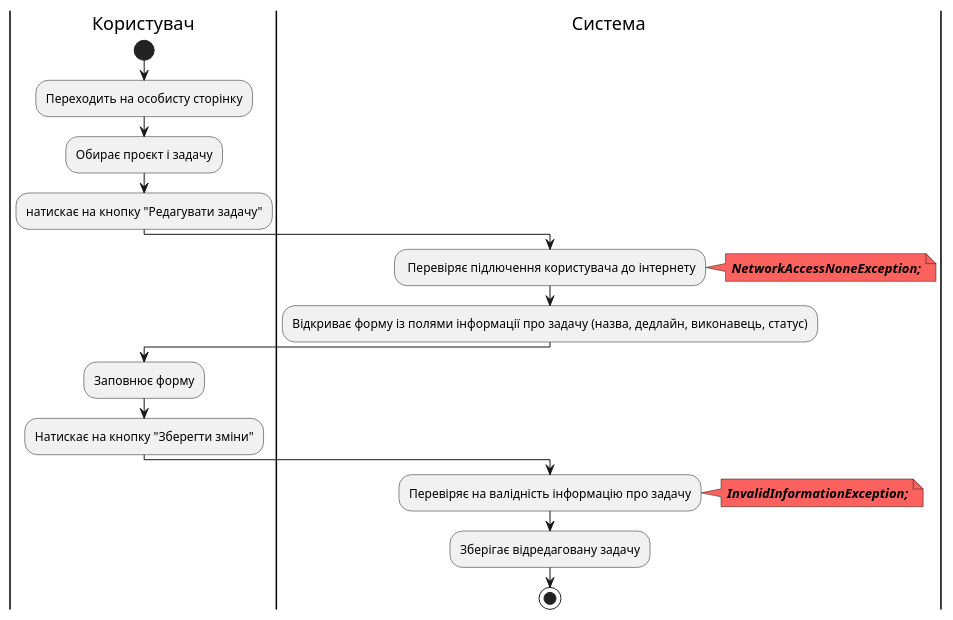
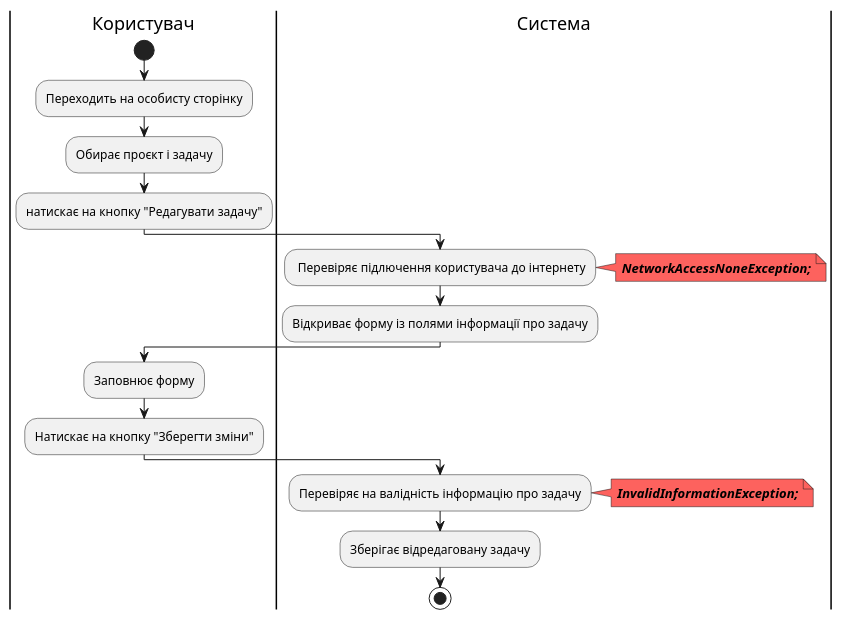
Before and after one commit to stbestichhh/db_project-manager: the ninth of 19 diagrams in docs/use cases/README.md, drawn with PlantUML. The commit also changed other lines of this file, not shown here.

Commit message:
Fixed diagrams

```diff
--- a/docs/use cases/README.md
+++ b/docs/use cases/README.md
@@ -328,28 +328,28 @@
 @startuml
 
 |Користувач|
 start;
 :Переходить на особисту сторінку;
 :Обирає проєкт і задачу;
 :натискає на кнопку "Редагувати задачу";
 
 |Система|
 : Перевіряє підлючення користувача до інтернету;
 note right #fd625e
 <b><i>NetworkAccessNoneException;
 end note
-:Відкриває форму із полями інформації про задачу (назва, дедлайн, виконавець, статус);
+:Відкриває форму із полями інформації про задачу;
 
 |Користувач|
 :Заповнює форму;
 :Натискає на кнопку "Зберегти зміни";
 
 |Система|
 :Перевіряє на валідність інформацію про задачу;
 note right #fd625e
 <b><i>InvalidInformationException;
 end note
 :Зберігає відредаговану задачу;
 
 stop;
 @enduml
```
